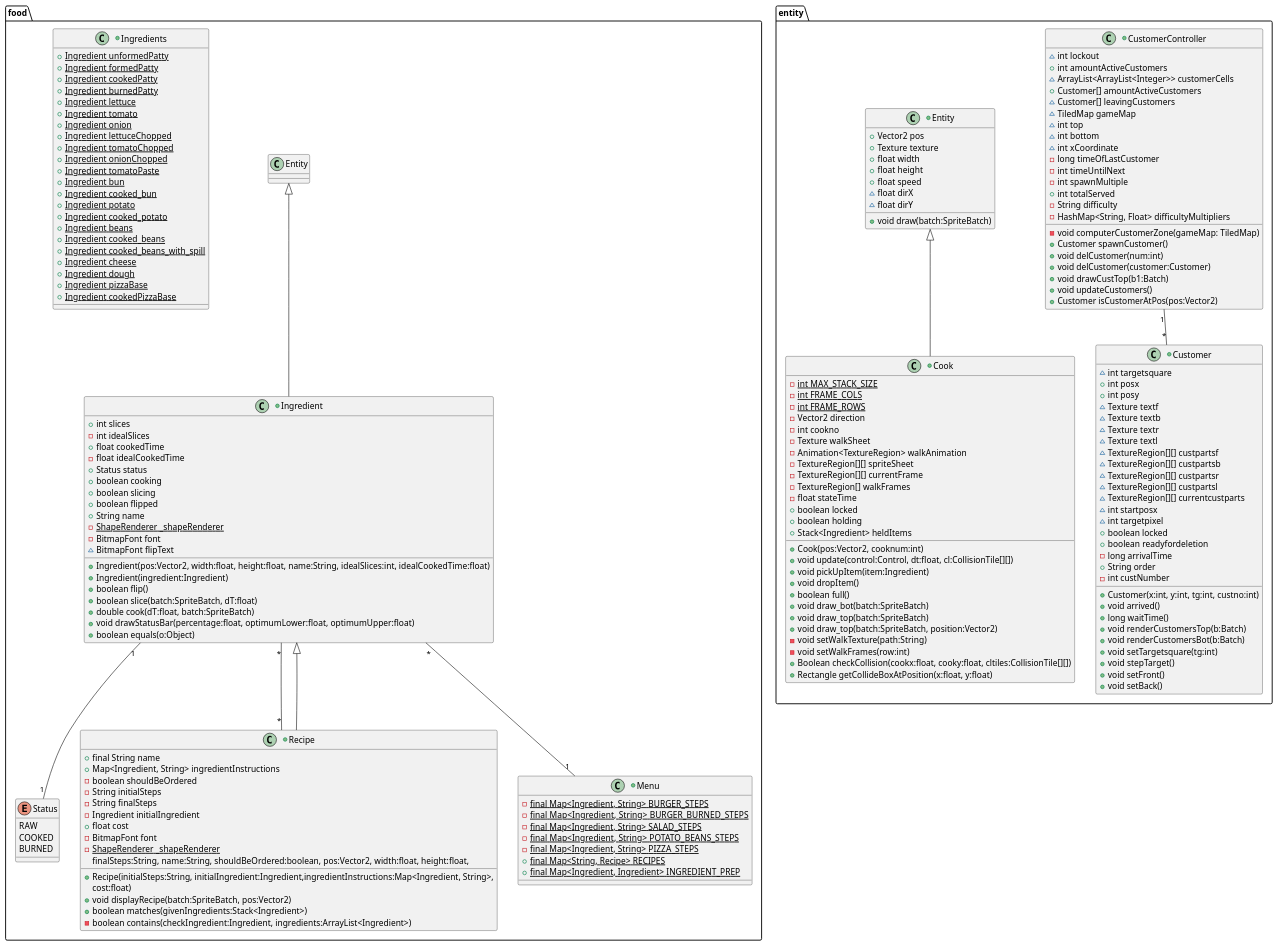
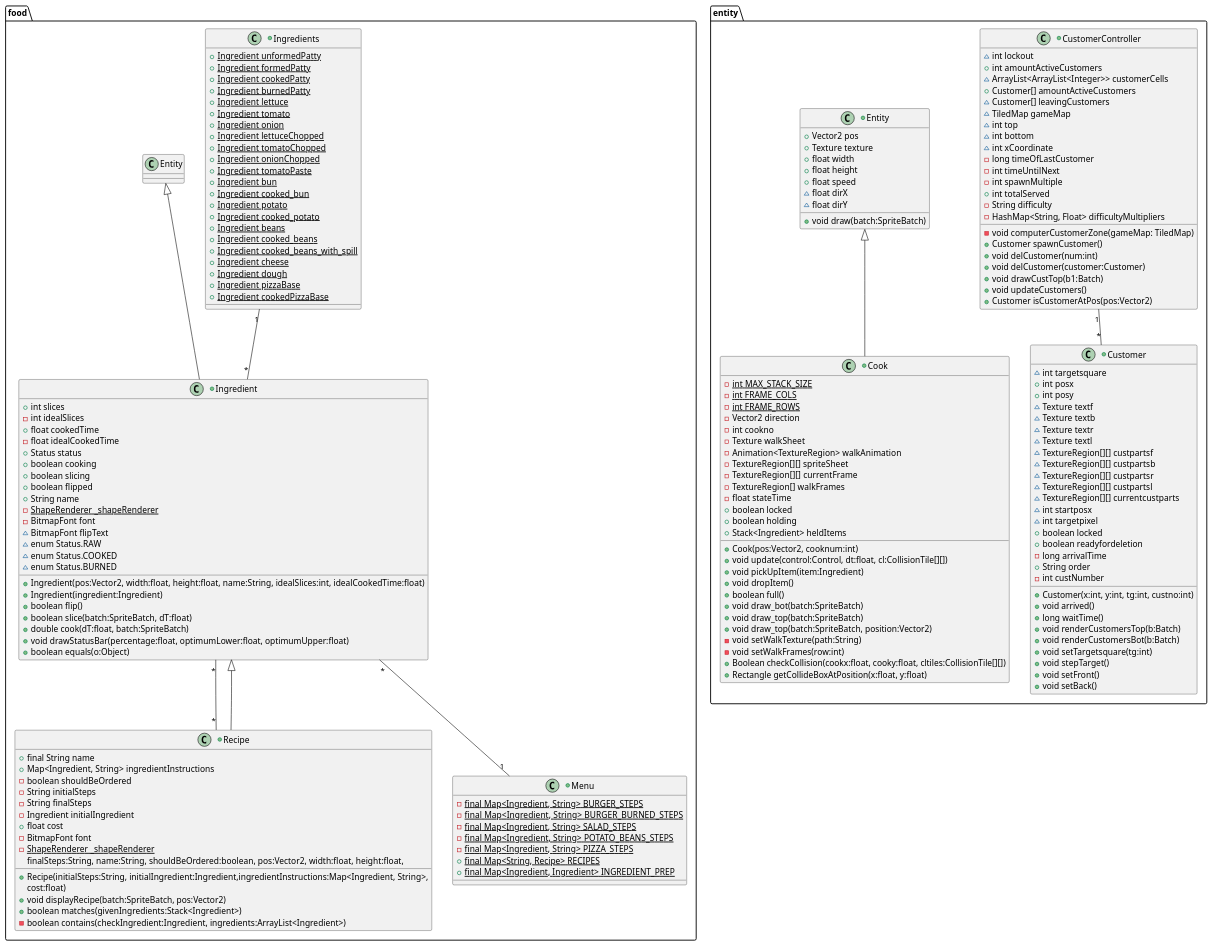
The diagram in UMLDiagrams/food_and_entity_packages.puml (decassociation/project_eng1_team3), drawn with PlantUML before and after one commit. The commit also changed 7 other files, not shown here.

Commit message:
Class diagrams are finished

```diff
--- a/UMLDiagrams/food_and_entity_packages.puml
+++ b/UMLDiagrams/food_and_entity_packages.puml
@@ -1,194 +1,192 @@
 @startuml
 'https://plantuml.com/class-diagram
 
 package "food"{
 
-Ingredient "1" -- "1" Status
 Ingredient "*" -- "*" Recipe
 Ingredient "*" -- "1" Menu
+
+Ingredients "1" -- "*" Ingredient
 
 +class Ingredient extends Entity{
 +int slices
 -int idealSlices
 +float cookedTime
 -float idealCookedTime
 +Status status
 +boolean cooking
 +boolean slicing
 +boolean flipped
 +String name
 -{static} ShapeRenderer _shapeRenderer
 -BitmapFont font
 ~BitmapFont flipText
+~enum Status.RAW
+~enum Status.COOKED
+~enum Status.BURNED
 +Ingredient(pos:Vector2, width:float, height:float, name:String, idealSlices:int, idealCookedTime:float)
 +Ingredient(ingredient:Ingredient)
 +boolean flip()
 +boolean slice(batch:SpriteBatch, dT:float)
 +double cook(dT:float, batch:SpriteBatch)
 +void drawStatusBar(percentage:float, optimumLower:float, optimumUpper:float)
 +boolean equals(o:Object)
-}
-
-enum Status{
-RAW
-COOKED
-BURNED
 }
 
 +class Ingredients{
 +{static} Ingredient unformedPatty
 +{static} Ingredient formedPatty
 +{static} Ingredient cookedPatty
 +{static} Ingredient burnedPatty
 +{static} Ingredient lettuce
 +{static} Ingredient tomato
 +{static} Ingredient onion
 +{static} Ingredient lettuceChopped
 +{static} Ingredient tomatoChopped
 +{static} Ingredient onionChopped
 +{static} Ingredient tomatoPaste
 +{static} Ingredient bun
 +{static} Ingredient cooked_bun
 +{static} Ingredient potato
 +{static} Ingredient cooked_potato
 +{static} Ingredient beans
 +{static} Ingredient cooked_beans
 +{static} Ingredient cooked_beans_with_spill
 +{static} Ingredient cheese
 +{static} Ingredient dough
 +{static} Ingredient pizzaBase
 +{static} Ingredient cookedPizzaBase
 }
 
 +class Menu{
 -{static} final Map<Ingredient, String> BURGER_STEPS
 -{static} final Map<Ingredient, String>  BURGER_BURNED_STEPS
 -{static} final Map<Ingredient, String> SALAD_STEPS
 -{static} final Map<Ingredient, String> POTATO_BEANS_STEPS
 -{static} final Map<Ingredient, String> PIZZA_STEPS
 +{static} final Map<String, Recipe> RECIPES
 +{static} final Map<Ingredient, Ingredient> INGREDIENT_PREP
 }
 
 +class Recipe extends Ingredient{
 +final String name
 +Map<Ingredient, String> ingredientInstructions
 -boolean shouldBeOrdered
 -String initialSteps
 -String finalSteps
 -Ingredient initialIngredient
 +float cost
 -BitmapFont font
 -{static} ShapeRenderer _shapeRenderer
 +Recipe(initialSteps:String, initialIngredient:Ingredient,ingredientInstructions:Map<Ingredient, String>,
  			finalSteps:String, name:String, shouldBeOrdered:boolean, pos:Vector2, width:float, height:float,
  			cost:float)
 +void displayRecipe(batch:SpriteBatch, pos:Vector2)
 +boolean matches(givenIngredients:Stack<Ingredient>)
 -boolean contains(checkIngredient:Ingredient, ingredients:ArrayList<Ingredient>)
 }
 
 }
 
 package "entity"{
 
 CustomerController "1" -- "*" Customer
 
 +class Cook extends Entity{
 -{static} int MAX_STACK_SIZE
 -{static} int FRAME_COLS
 -{static} int FRAME_ROWS
 -Vector2 direction
 -int cookno
 -Texture walkSheet
 -Animation<TextureRegion> walkAnimation
 -TextureRegion[][] spriteSheet
 -TextureRegion[][] currentFrame
 -TextureRegion[] walkFrames
 -float stateTime
 +boolean locked
 +boolean holding
 +Stack<Ingredient> heldItems
 +Cook(pos:Vector2, cooknum:int)
 +void update(control:Control, dt:float, cl:CollisionTile[][])
 +void pickUpItem(item:Ingredient)
 +void dropItem()
 +boolean full()
 +void draw_bot(batch:SpriteBatch)
 +void draw_top(batch:SpriteBatch)
 +void draw_top(batch:SpriteBatch, position:Vector2)
 -void setWalkTexture(path:String)
 -void setWalkFrames(row:int)
 +Boolean checkCollision(cookx:float, cooky:float, cltiles:CollisionTile[][])
 +Rectangle getCollideBoxAtPosition(x:float, y:float)
 }
 
 +class Customer{
 ~int targetsquare
 +int posx
 +int posy
 ~Texture textf
 ~Texture textb
 ~Texture textr
 ~Texture textl
 ~TextureRegion[][] custpartsf
 ~TextureRegion[][] custpartsb
 ~TextureRegion[][] custpartsr
 ~TextureRegion[][] custpartsl
 ~TextureRegion[][] currentcustparts
 ~int startposx
 ~int targetpixel
 +boolean locked
 +boolean readyfordeletion
 -long arrivalTime
 +String order
 -int custNumber
 +Customer(x:int, y:int, tg:int, custno:int)
 +void arrived()
 +long waitTime()
 +void renderCustomersTop(b:Batch)
 +void renderCustomersBot(b:Batch)
 +void setTargetsquare(tg:int)
 +void stepTarget()
 +void setFront()
 +void setBack()
 }
 
 +class CustomerController{
 ~int lockout
 +int amountActiveCustomers
 ~ArrayList<ArrayList<Integer>> customerCells
 +Customer[] amountActiveCustomers
 ~Customer[] leavingCustomers
 ~TiledMap gameMap
 ~int top
 ~int bottom
 ~int xCoordinate
 -long timeOfLastCustomer
 -int timeUntilNext
 -int spawnMultiple
 +int totalServed
 -String difficulty
 -HashMap<String, Float> difficultyMultipliers
 -void computerCustomerZone(gameMap: TiledMap)
 +Customer spawnCustomer()
 +void delCustomer(num:int)
 +void delCustomer(customer:Customer)
 +void drawCustTop(b1:Batch)
 +void updateCustomers()
 +Customer isCustomerAtPos(pos:Vector2)
 }
 
 +class Entity{
 +Vector2 pos
 +Texture texture
 +float width
 +float height
 +float speed
 ~float dirX
 ~float dirY
 +void draw(batch:SpriteBatch)
 }
 
 }
 @enduml
```
